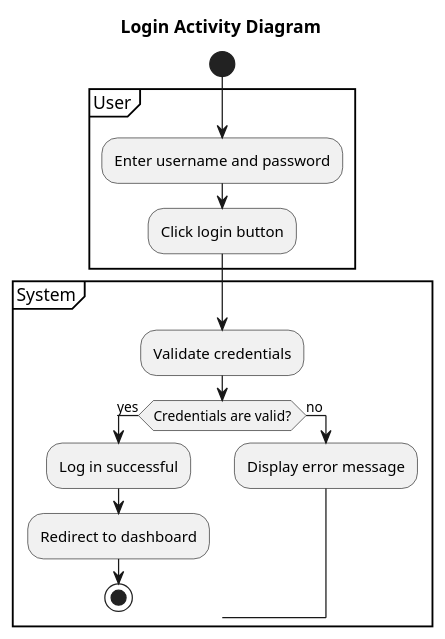
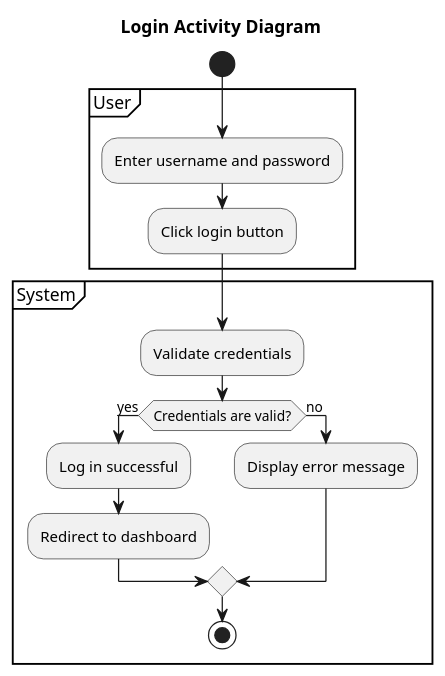
One commit to cendekia-mu/opensipkd-base changed the diagram in docs/user_login_ac.puml. Above: the diagram before and after it, drawn with PlantUML. The commit also changed 5 other files, not shown here.

```diff
--- a/docs/user_login_ac.puml
+++ b/docs/user_login_ac.puml
@@ -1,19 +1,20 @@
 @startuml
 title Login Activity Diagram
 
 start
 partition "User" {
   :Enter username and password;
   :Click login button;
 }
 partition "System" {
   :Validate credentials;
   if (Credentials are valid?) then (yes)
     :Log in successful;
     :Redirect to dashboard;
-    stop
   else (no)
     :Display error message;
   endif
+    stop
+
 }
 @enduml
```
